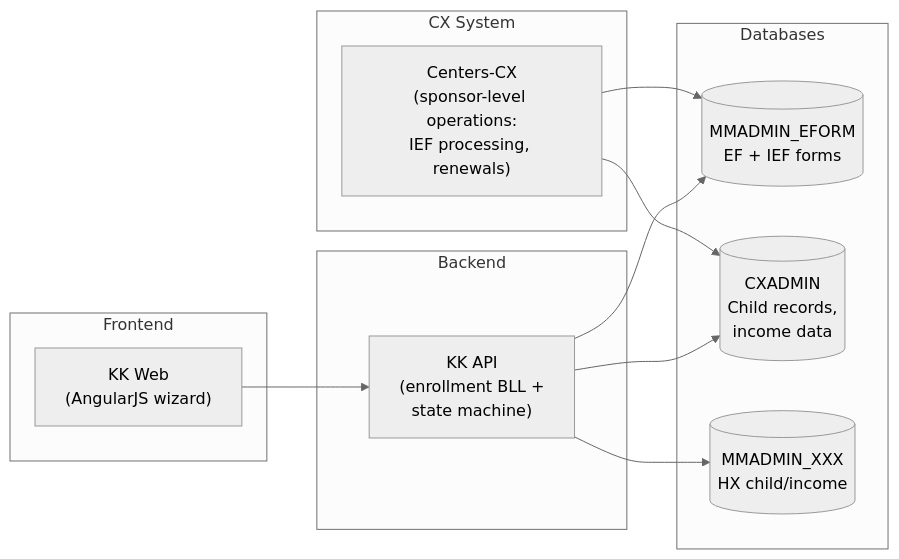
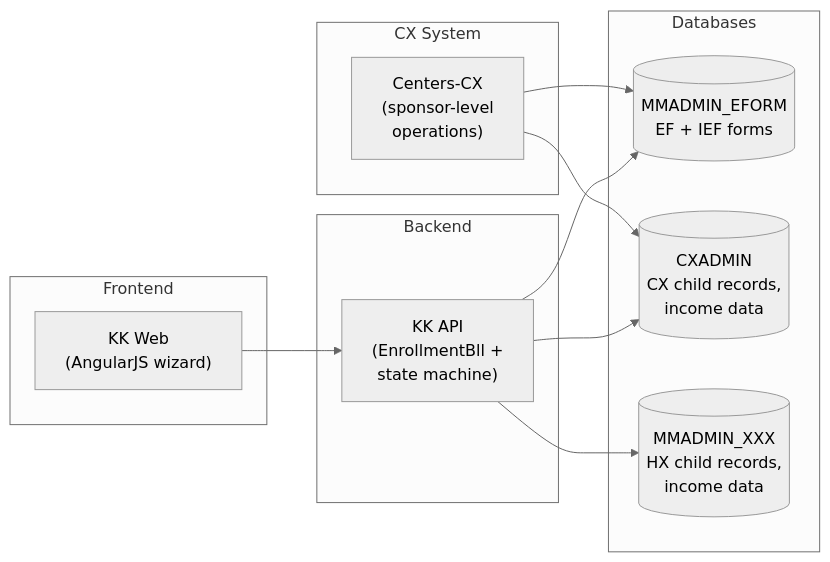
The second of 7 diagrams in docs/components/eform.md (MinuteMenu/docs), drawn with Mermaid (neutral theme) before and after one commit. The commit also changed other lines of this file and 1 other file, not shown here.

````diff
--- a/docs/components/eform.md
+++ b/docs/components/eform.md
@@ -16,27 +64,27 @@
 ```mermaid
 graph LR
     subgraph "Frontend"
         KK_WEB["KK Web<br/>(AngularJS wizard)"]
     end
 
     subgraph "Backend"
-        KK_API["KK API<br/>(enrollment BLL +<br/>state machine)"]
+        KK_API["KK API<br/>(EnrollmentBll +<br/>state machine)"]
     end
 
     subgraph "CX System"
-        CX["Centers-CX<br/>(sponsor-level operations:<br/>IEF processing, renewals)"]
+        CX["Centers-CX<br/>(sponsor-level<br/>operations)"]
     end
 
     subgraph "Databases"
         EFORM[(MMADMIN_EFORM<br/>EF + IEF forms)]
-        CXADMIN[(CXADMIN<br/>Child records,<br/>income data)]
-        MMADMIN[(MMADMIN_XXX<br/>HX child/income)]
+        CXADMIN[(CXADMIN<br/>CX child records,<br/>income data)]
+        MMADMIN[(MMADMIN_XXX<br/>HX child records,<br/>income data)]
     end
 
     KK_WEB --> KK_API
     KK_API --> EFORM
     KK_API --> CXADMIN
     KK_API --> MMADMIN
     CX --> CXADMIN
     CX --> EFORM
 ```
````
